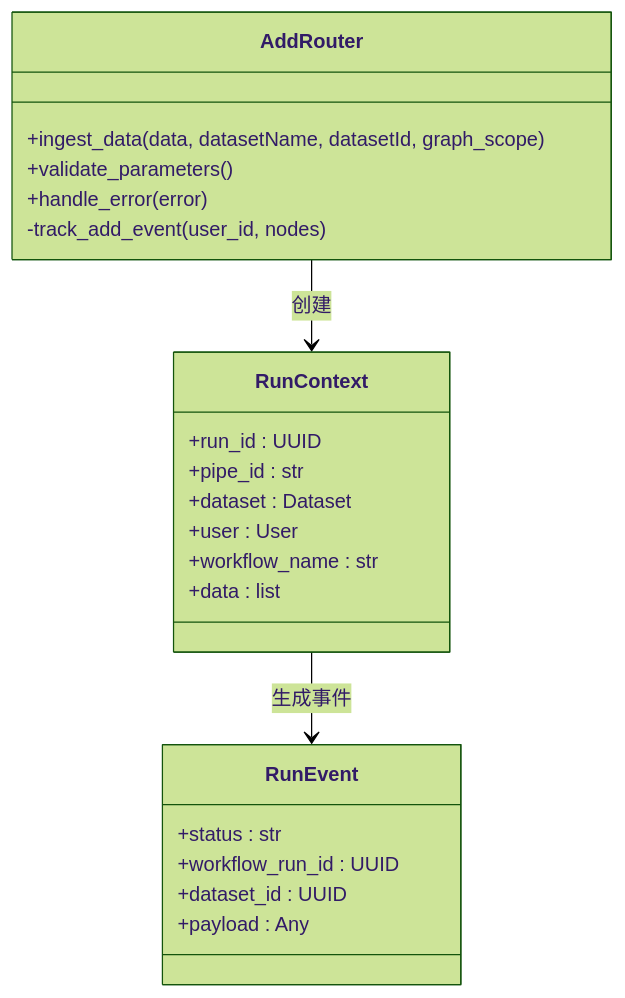
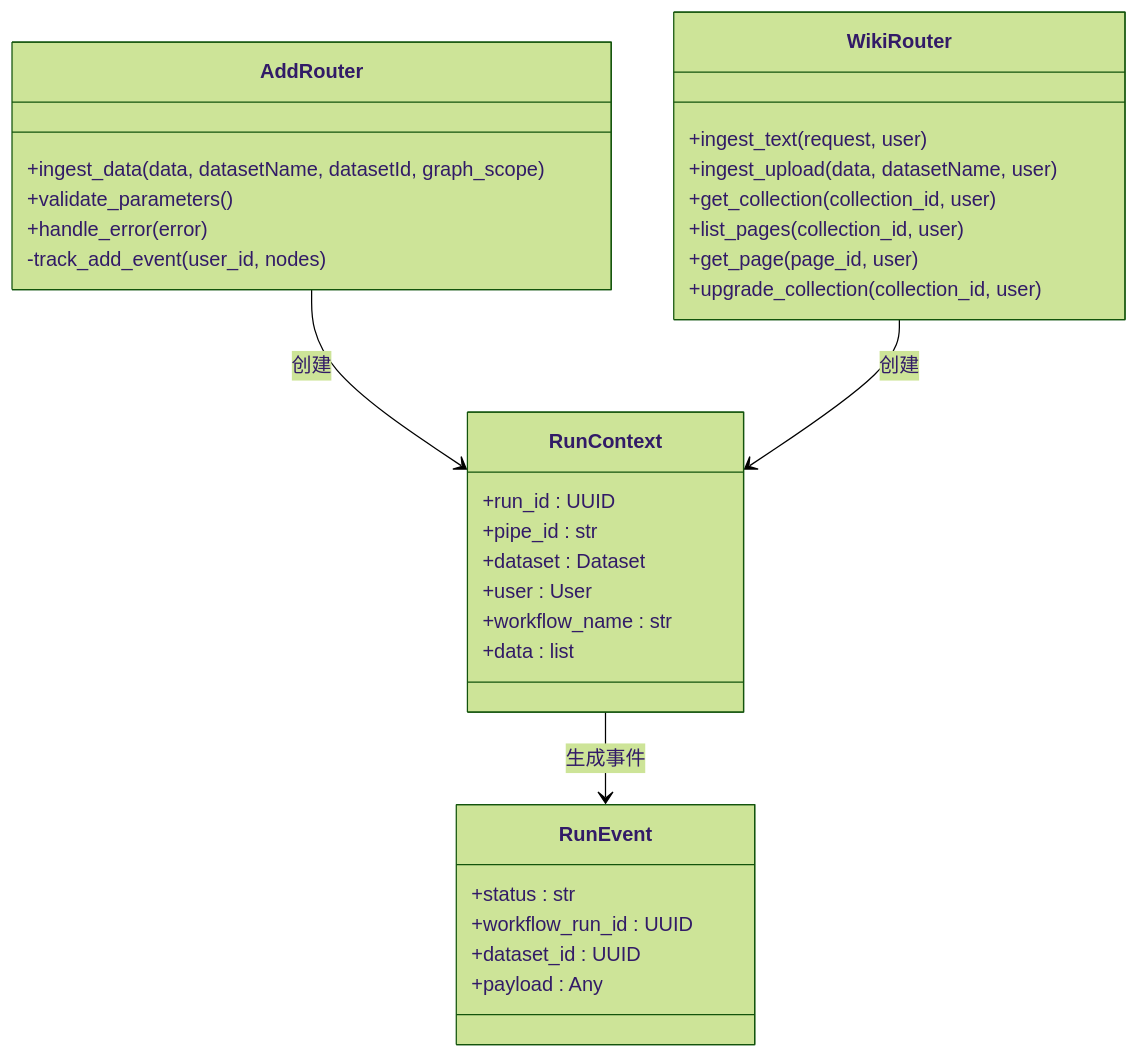
One commit to alvinwangzi/m_flow changed the third of 8 diagrams in .qoder/repowiki/zh/content/开发指南/上传故障排除指南.md. Above: the diagram before and after it, drawn with Mermaid (forest theme). The commit also changed other lines of this file and 2 other files, not shown here.

First line of the commit message:
docs(wiki): 更新Wiki摄取系统实现及上传故障排除指南

````diff
--- a/.qoder/repowiki/zh/content/开发指南/上传故障排除指南.md
+++ b/.qoder/repowiki/zh/content/开发指南/上传故障排除指南.md
@@ -132,25 +170,34 @@
 ```mermaid
 classDiagram
 class AddRouter {
 +ingest_data(data, datasetName, datasetId, graph_scope)
 +validate_parameters()
 +handle_error(error)
 -track_add_event(user_id, nodes)
+}
+class WikiRouter {
++ingest_text(request, user)
++ingest_upload(data, datasetName, user)
++get_collection(collection_id, user)
++list_pages(collection_id, user)
++get_page(page_id, user)
++upgrade_collection(collection_id, user)
 }
 class RunContext {
 +run_id : UUID
 +pipe_id : str
 +dataset : Dataset
 +user : User
 +workflow_name : str
 +data : list
 }
 class RunEvent {
 +status : str
 +workflow_run_id : UUID
 +dataset_id : UUID
 +payload : Any
 }
 AddRouter --> RunContext : 创建
+WikiRouter --> RunContext : 创建
 RunContext --> RunEvent : 生成事件
 ```
````
